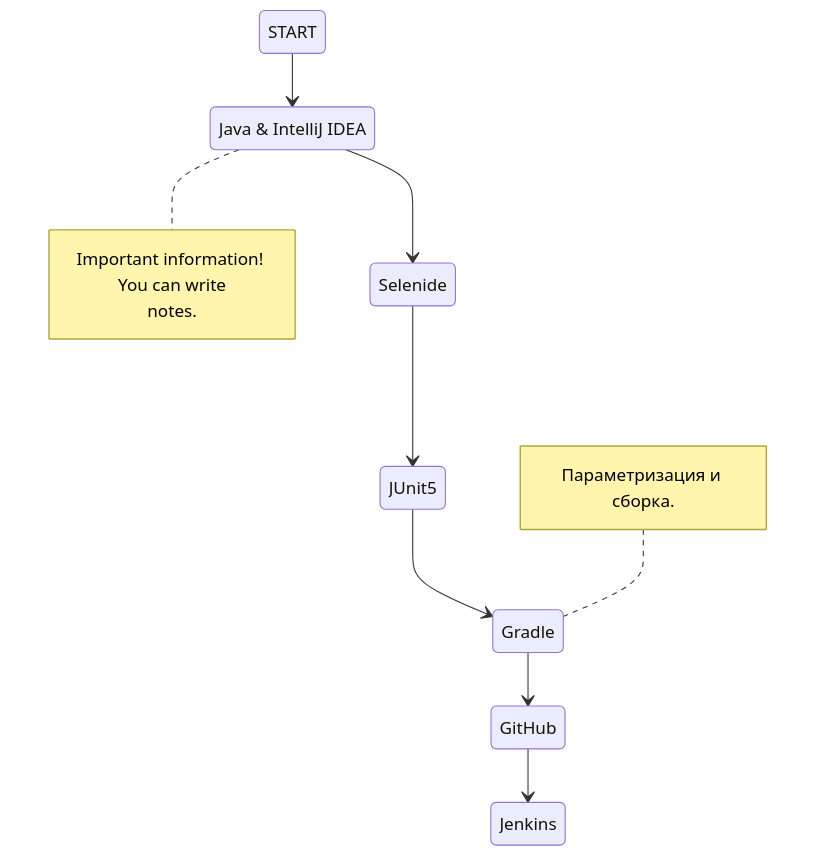
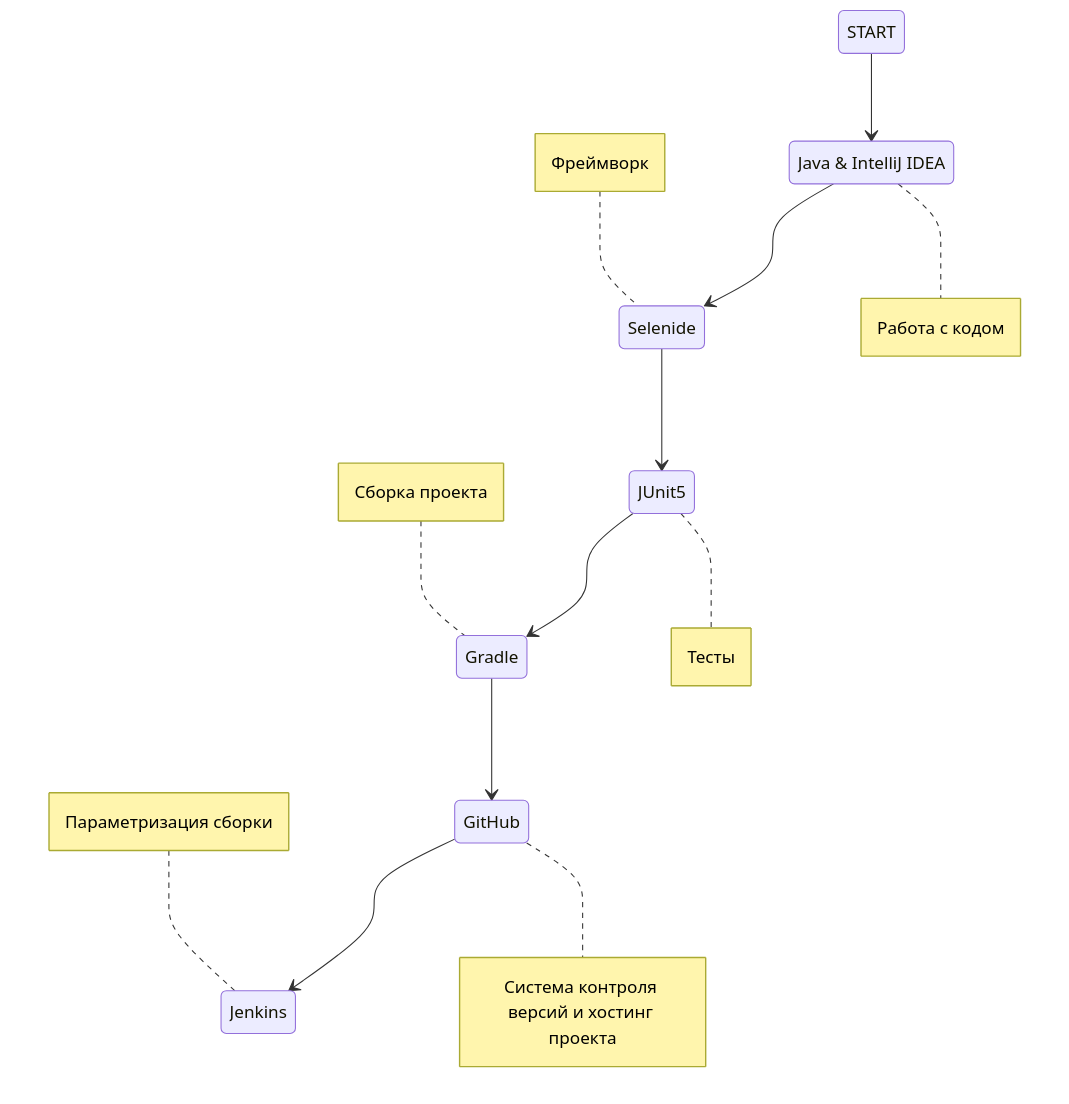
One commit to SergeevSergeiS/Wildberries changed the diagram in README.md. Above: the diagram before and after it, drawn with Mermaid.

Commit message:
README.md created

````diff
--- a/README.md
+++ b/README.md
@@ -1,21 +1,22 @@
 ```mermaid        
     stateDiagram-v2
         State1: START
         State2: Java & IntelliJ IDEA
         State3: Selenide
         State4: JUnit5
         State5: Gradle
         State6: GitHub
         State7: Jenkins
         State1 --> State2
         State2 --> State3
         State3 --> State4
         State4 --> State5
         State5 --> State6
         State6 --> State7
-        note right of State2
-            Important information! You can write
-            notes.
-        end note
-        note left of State5 : Параметризация и сборка.
+        note right of State2 : Работа с кодом
+        note left of State3 : Фреймворк
+        note right of State4 : Тесты
+        note left of State5 : Сборка проекта
+        note right of State6 : Система контроля версий и хостинг проекта
+        note left of State7 : Параметризация сборки
 ```
````
